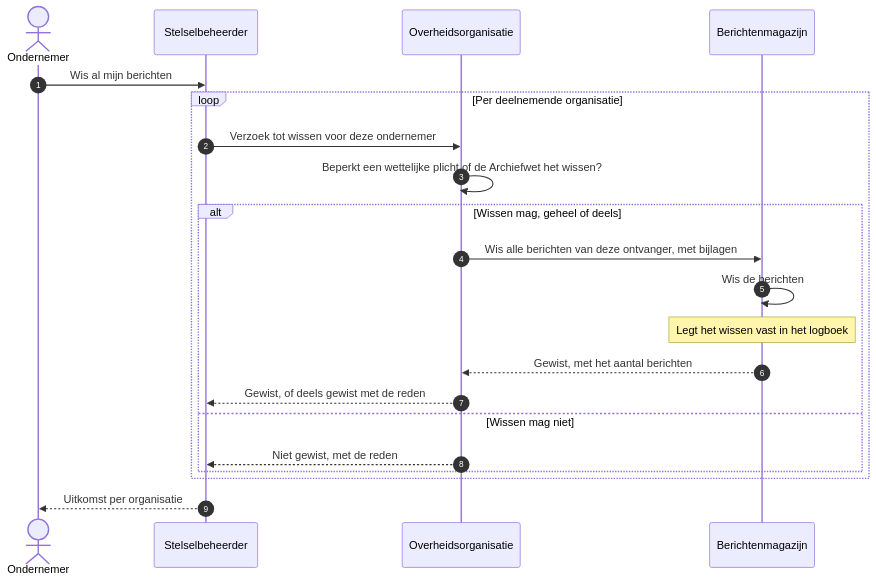
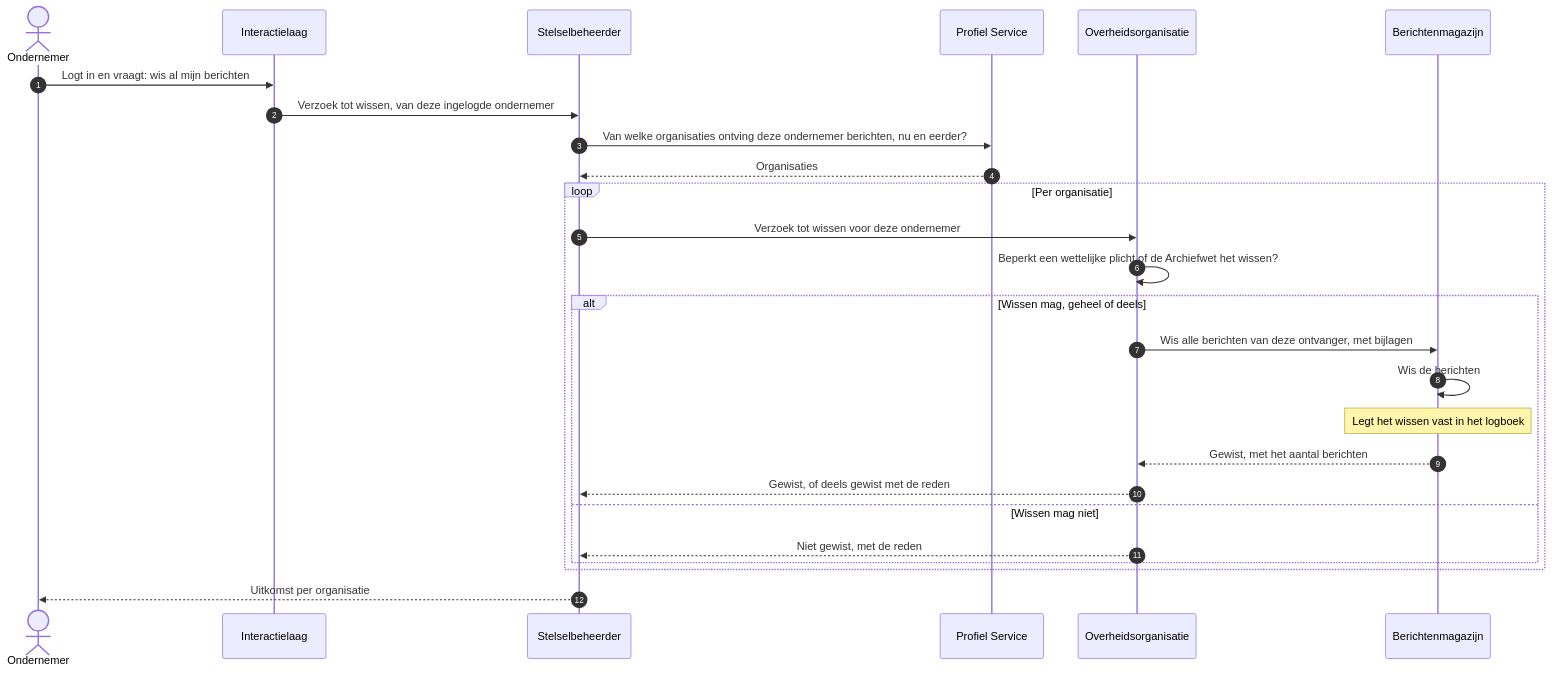
One commit to MinBZK/moza-poc-fbs-berichtenbox changed the diagram in docs/architecture/workspace-docs/14-uc10-berichten-wissen.md. Above: the diagram before and after it, drawn with Mermaid. The commit also changed other lines of this file and 10 other files, not shown here.

````diff
--- a/docs/architecture/workspace-docs/14-uc10-berichten-wissen.md
+++ b/docs/architecture/workspace-docs/14-uc10-berichten-wissen.md
@@ -32,24 +39,29 @@
 ```mermaid
 sequenceDiagram
     autonumber
     actor OND as Ondernemer
+    participant IL as Interactielaag
     participant SB as Stelselbeheerder
+    participant PRO as Profiel Service
     participant ORG as Overheidsorganisatie
     participant MAG as Berichtenmagazijn
 
-    OND->>SB: Wis al mijn berichten
-    loop Per deelnemende organisatie
+    OND->>IL: Logt in en vraagt: wis al mijn berichten
+    IL->>SB: Verzoek tot wissen, van deze ingelogde ondernemer
+    SB->>PRO: Van welke organisaties ontving deze ondernemer berichten, nu en eerder?
+    PRO-->>SB: Organisaties
+    loop Per organisatie
         SB->>ORG: Verzoek tot wissen voor deze ondernemer
         ORG->>ORG: Beperkt een wettelijke plicht of de Archiefwet het wissen?
         alt Wissen mag, geheel of deels
             ORG->>MAG: Wis alle berichten van deze ontvanger, met bijlagen
             MAG->>MAG: Wis de berichten
             Note over MAG: Legt het wissen vast in het logboek
             MAG-->>ORG: Gewist, met het aantal berichten
             ORG-->>SB: Gewist, of deels gewist met de reden
         else Wissen mag niet
             ORG-->>SB: Niet gewist, met de reden
         end
     end
     SB-->>OND: Uitkomst per organisatie
 ```
````
